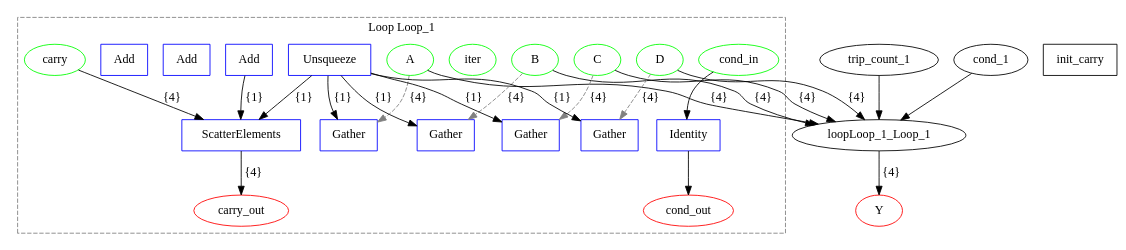
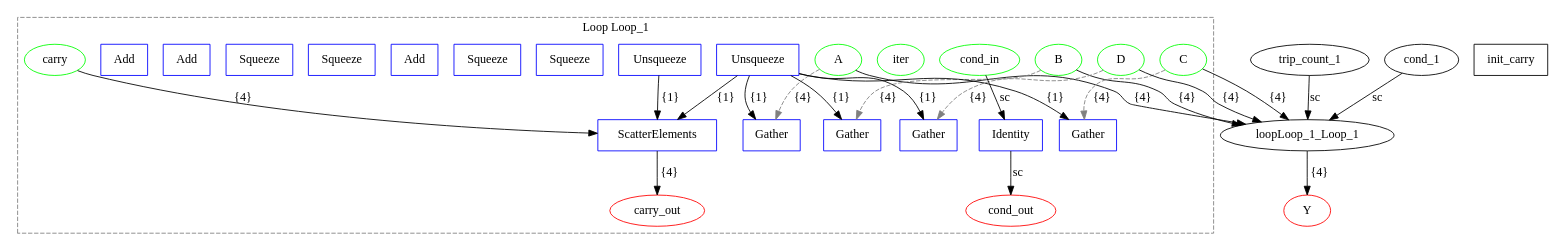
The diagram in examples/onnx/addchain_test.dot (specs-feup/onnx-flow), drawn with Graphviz before and after one commit. The commit also changed 52 other files, not shown here.

```diff
--- a/examples/onnx/addchain_test.dot
+++ b/examples/onnx/addchain_test.dot
@@ -1,52 +1,57 @@
 digraph {
   graph [compound=true];
   A [label=A shape=ellipse color="#00FF00"];
   B [label=B shape=ellipse color="#00FF00"];
   C [label=C shape=ellipse color="#00FF00"];
   D [label=D shape=ellipse color="#00FF00"];
   Y [label=Y shape=ellipse color="#FF0000"];
   init_carry [label=init_carry shape=box];
   subgraph cluster_loop_Loop_1 {
     graph [rankdir=LR compound=true];
     loopLoop_1_iter [label=iter shape=ellipse color="#00FF00"];
     loopLoop_1_cond_in [label=cond_in shape=ellipse color="#00FF00"];
     loopLoop_1_carry [label=carry shape=ellipse color="#00FF00"];
     loopLoop_1_unsq [label=Unsqueeze shape=box color="#0000FF"];
     loopLoop_1_unsq -> loopLoop_1_gather_C_1 [label="{1}"];
     loopLoop_1_unsq -> loopLoop_1_gather_D_1 [label="{1}"];
     loopLoop_1_unsq -> loopLoop_1_gather_A_0 [label="{1}"];
     loopLoop_1_unsq -> loopLoop_1_gather_B_0 [label="{1}"];
     loopLoop_1_unsq -> loopLoop_1_scatter [label="{1}"];
     loopLoop_1_gather_C_1 [label=Gather shape=box color="#0000FF"];
     loopLoop_1_gather_D_1 [label=Gather shape=box color="#0000FF"];
+    loopLoop_1_sq_1_in0_scalar [label=Squeeze shape=box color="#0000FF"];
+    loopLoop_1_sq_1_in1_scalar [label=Squeeze shape=box color="#0000FF"];
     loopLoop_1_Add_1 [label=Add shape=box color="#0000FF"];
     loopLoop_1_gather_A_0 [label=Gather shape=box color="#0000FF"];
     loopLoop_1_gather_B_0 [label=Gather shape=box color="#0000FF"];
+    loopLoop_1_sq_0_in0_scalar [label=Squeeze shape=box color="#0000FF"];
+    loopLoop_1_sq_0_in1_scalar [label=Squeeze shape=box color="#0000FF"];
     loopLoop_1_Add_0 [label=Add shape=box color="#0000FF"];
     loopLoop_1_Add_2 [label=Add shape=box color="#0000FF"];
-    loopLoop_1_Add_2 -> loopLoop_1_scatter [label="{1}"];
+    loopLoop_1_updateUnsq [label=Unsqueeze shape=box color="#0000FF"];
+    loopLoop_1_updateUnsq -> loopLoop_1_scatter [label="{1}"];
     loopLoop_1_scatter [label=ScatterElements shape=box color="#0000FF"];
     loopLoop_1_id_cond [label=Identity shape=box color="#0000FF"];
     loopLoop_1_cond_out [label=cond_out shape=ellipse color="#FF0000"];
     loopLoop_1_carry_out [label=carry_out shape=ellipse color="#FF0000"];
     loopLoop_1_carry -> loopLoop_1_scatter [label="{4}"];
-    loopLoop_1_cond_in -> loopLoop_1_id_cond [label=""];
+    loopLoop_1_cond_in -> loopLoop_1_id_cond [label=sc];
     loopLoop_1_scatter -> loopLoop_1_carry_out [label="{4}"];
-    loopLoop_1_id_cond -> loopLoop_1_cond_out [label=""];
+    loopLoop_1_id_cond -> loopLoop_1_cond_out [label=sc];
     C -> loopLoop_1_gather_C_1 [style=dashed color=gray label="{4}"];
     D -> loopLoop_1_gather_D_1 [style=dashed color=gray label="{4}"];
     A -> loopLoop_1_gather_A_0 [style=dashed color=gray label="{4}"];
     B -> loopLoop_1_gather_B_0 [style=dashed color=gray label="{4}"];
     graph [label="Loop Loop_1"];
     graph [style=dashed];
     graph [color=gray];
   }
 
-  trip_count_1 -> loopLoop_1_Loop_1 [label="" lhead=cluster_loop_Loop_1];
+  trip_count_1 -> loopLoop_1_Loop_1 [label=sc lhead=cluster_loop_Loop_1];
   A -> loopLoop_1_Loop_1 [label="{4}" lhead=cluster_loop_Loop_1];
-  cond_1 -> loopLoop_1_Loop_1 [label="" lhead=cluster_loop_Loop_1];
+  cond_1 -> loopLoop_1_Loop_1 [label=sc lhead=cluster_loop_Loop_1];
   C -> loopLoop_1_Loop_1 [label="{4}" lhead=cluster_loop_Loop_1];
   D -> loopLoop_1_Loop_1 [label="{4}" lhead=cluster_loop_Loop_1];
   B -> loopLoop_1_Loop_1 [label="{4}" lhead=cluster_loop_Loop_1];
   loopLoop_1_Loop_1 -> Y [label="{4}" ltail=cluster_loop_Loop_1];
 }
```
